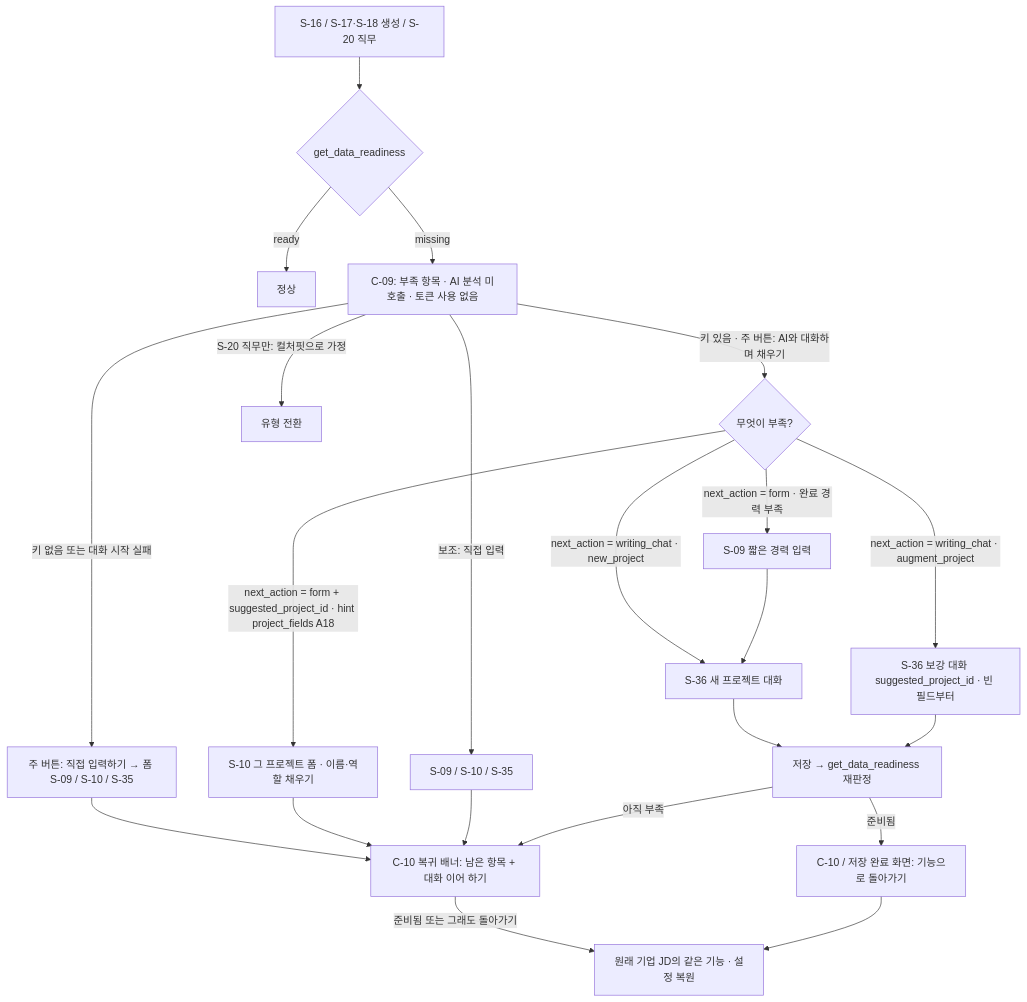
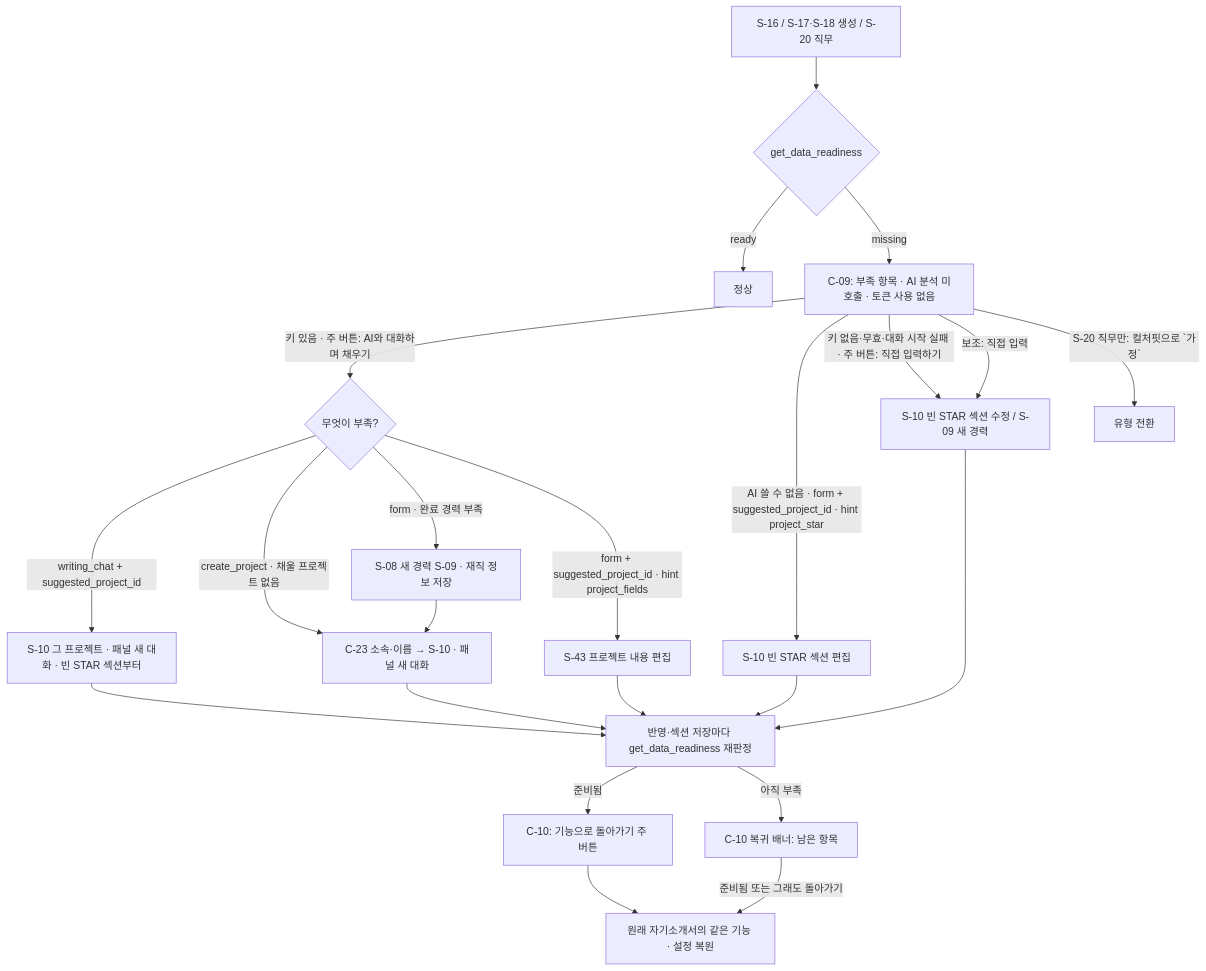
Diagram 13 of 20 in docs/planning/02-user-flows.md (j-hyunn/resumate), drawn with Mermaid before and after one commit. The commit also changed other lines of this file and 11 other files, not shown here.

````diff
--- a/docs/planning/02-user-flows.md
+++ b/docs/planning/02-user-flows.md
@@ -508,23 +527,24 @@
 ```mermaid
 flowchart TD
   A[S-16 / S-17·S-18 생성 / S-20 직무] --> B{get_data_readiness}
   B -->|ready| OK[정상]
   B -->|missing| C[C-09: 부족 항목 · AI 분석 미호출 · 토큰 사용 없음]
-  C -->|키 없음 또는 대화 시작 실패| FM[주 버튼: 직접 입력하기 → 폼 S-09 / S-10 / S-35]
-  FM --> E
   C -->|키 있음 · 주 버튼: AI와 대화하며 채우기| K{무엇이 부족?}
-  K -->|next_action = writing_chat · new_project| D1[S-36 새 프로젝트 대화]
-  K -->|next_action = writing_chat · augment_project| D2[S-36 보강 대화 suggested_project_id · 빈 필드부터]
-  K -->|next_action = form · 완료 경력 부족| D0[S-09 짧은 경력 입력] --> D1
-  K -->|next_action = form + suggested_project_id · hint project_fields A18| D4[S-10 그 프로젝트 폼 · 이름·역할 채우기]
-  D4 --> E
-  C -->|보조: 직접 입력| D3[S-09 / S-10 / S-35]
-  C -->|S-20 직무만: 컬처핏으로 가정| CF[유형 전환]
-  D1 --> S[저장 → get_data_readiness 재판정]
+  K -->|writing_chat + suggested_project_id| D2[S-10 그 프로젝트 · 패널 새 대화 · 빈 STAR 섹션부터]
+  K -->|create_project · 채울 프로젝트 없음| D1[C-23 소속·이름 → S-10 · 패널 새 대화]
+  K -->|form · 완료 경력 부족| D0[S-08 새 경력 S-09 · 재직 정보 저장] --> D1
+  C -->|AI 쓸 수 없음 · form + suggested_project_id · hint project_star| D4[S-10 빈 STAR 섹션 편집]
+  K -->|form + suggested_project_id · hint project_fields| D5[S-43 프로젝트 내용 편집]
+  C -->|키 없음·무효·대화 시작 실패 · 주 버튼: 직접 입력하기| FM[S-10 빈 STAR 섹션 수정 / S-09 새 경력]
+  C -->|보조: 직접 입력| FM
+  C -->|S-20 직무만: 컬처핏으로 `가정`| CF[유형 전환]
+  D1 --> S[반영·섹션 저장마다 get_data_readiness 재판정]
   D2 --> S
-  D3 --> E
-  S -->|준비됨| F[C-10 / 저장 완료 화면: 기능으로 돌아가기]
-  S -->|아직 부족| E[C-10 복귀 배너: 남은 항목 + 대화 이어 하기]
-  E -->|준비됨 또는 그래도 돌아가기| F2[원래 기업 JD의 같은 기능 · 설정 복원]
+  D4 --> S
+  D5 --> S
+  FM --> S
+  S -->|준비됨| F[C-10: 기능으로 돌아가기 주 버튼]
+  S -->|아직 부족| E[C-10 복귀 배너: 남은 항목]
+  E -->|준비됨 또는 그래도 돌아가기| F2[원래 자기소개서의 같은 기능 · 설정 복원]
   F --> F2
 ```
````
